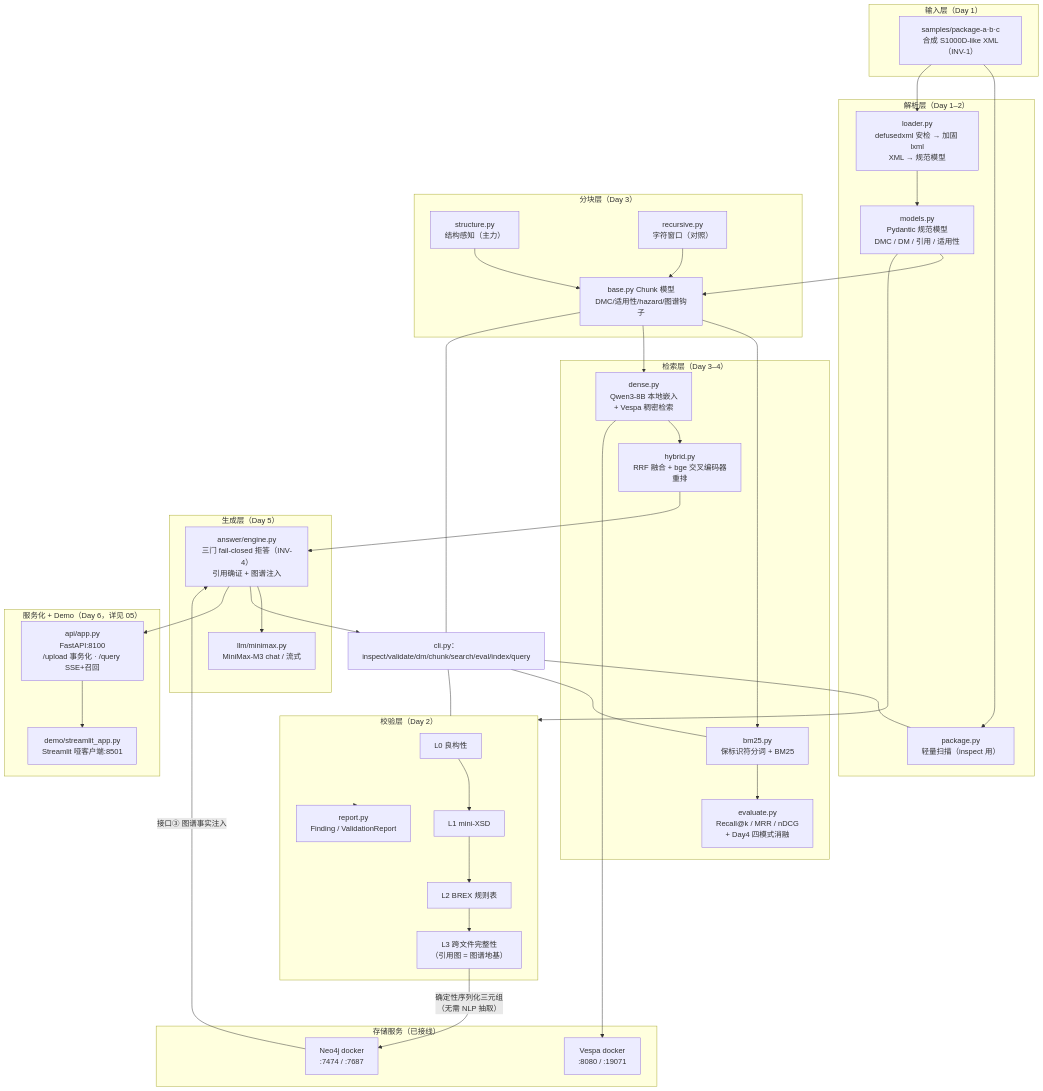
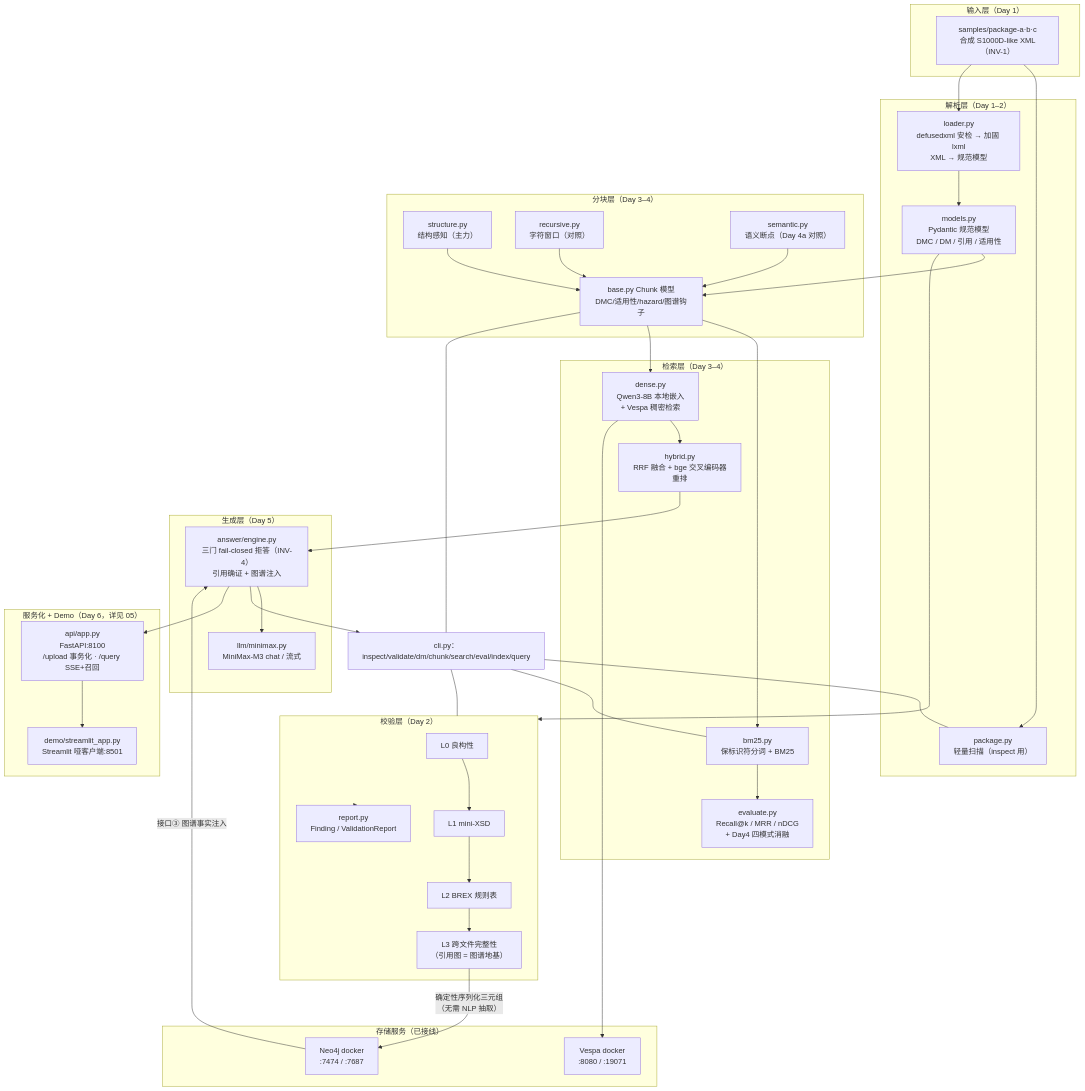
Before and after one commit to Osmond-Xin/LearnArken: the first of 2 diagrams in docs/architecture/02-system-architecture.md, drawn with Mermaid. The commit also changed other lines of this file and 5 other files, not shown here.

First line of the commit message:
docs: reconcile architecture snapshot + README to Day 7

````diff
--- a/docs/architecture/02-system-architecture.md
+++ b/docs/architecture/02-system-architecture.md
@@ -9,71 +9,71 @@
 ```mermaid
 flowchart TB
     subgraph INPUT["输入层（Day 1）"]
         XML["samples/package-a·b·c<br/>合成 S1000D-like XML（INV-1）"]
     end
 
     subgraph PARSE["解析层（Day 1–2）"]
         SCAN["package.py<br/>轻量扫描（inspect 用）"]
         LOADER["loader.py<br/>defusedxml 安检 → 加固 lxml<br/>XML → 规范模型"]
         MODEL["models.py<br/>Pydantic 规范模型<br/>DMC / DM / 引用 / 适用性"]
     end
 
     subgraph VALID["校验层（Day 2）"]
         L0["L0 良构性"] --> L1["L1 mini-XSD"] --> L2["L2 BREX 规则表"] --> L3["L3 跨文件完整性<br/>（引用图 = 图谱地基）"]
         REPORT["report.py<br/>Finding / ValidationReport"]
     end
 
-    subgraph CHUNK["分块层（Day 3）"]
+    subgraph CHUNK["分块层（Day 3–4）"]
         STRUCT["structure.py<br/>结构感知（主力）"]
         RECUR["recursive.py<br/>字符窗口（对照）"]
+        SEM["semantic.py<br/>语义断点（Day 4a 对照）"]
         CHUNKM["base.py Chunk 模型<br/>DMC/适用性/hazard/图谱钩子"]
     end
 
     subgraph RETR["检索层（Day 3–4）"]
         BM25["bm25.py<br/>保标识符分词 + BM25"]
         EVAL["evaluate.py<br/>Recall@k / MRR / nDCG<br/>+ Day4 四模式消融"]
         DENSE["dense.py<br/>Qwen3-8B 本地嵌入<br/>+ Vespa 稠密检索"]
         FUSE["hybrid.py<br/>RRF 融合 + bge 交叉编码器重排"]
     end
 
     subgraph STORE["存储服务（已接线）"]
         VESPA["Vespa docker<br/>:8080 / :19071"]
         NEO["Neo4j docker<br/>:7474 / :7687"]
     end
 
     subgraph GEN["生成层（Day 5）"]
         ANS["answer/engine.py<br/>三门 fail-closed 拒答（INV-4）<br/>引用确证 + 图谱注入"]
         M3["llm/minimax.py<br/>MiniMax-M3 chat / 流式"]
     end
 
     subgraph SERVE["服务化 + Demo（Day 6，详见 05）"]
         API["api/app.py<br/>FastAPI:8100<br/>/upload 事务化 · /query SSE+召回"]
         FE["demo/streamlit_app.py<br/>Streamlit 哑客户端:8501"]
     end
 
     CLI["cli.py：inspect/validate/dm/chunk/search/eval/index/query"]
 
     XML --> SCAN
     XML --> LOADER --> MODEL
     MODEL --> VALID
     VALID --> REPORT
     MODEL --> CHUNKM
     STRUCT --> CHUNKM
     RECUR --> CHUNKM
+    SEM --> CHUNKM
     CHUNKM --> BM25 --> EVAL
     CHUNKM --> DENSE --> FUSE
     DENSE --> VESPA
     L3 -->|"确定性序列化三元组<br/>（无需 NLP 抽取）"| NEO
     FUSE --> ANS
     NEO -->|"接口③ 图谱事实注入"| ANS
     ANS --> M3
     ANS --> CLI
     ANS --> API
     API --> FE
     CLI --- SCAN
     CLI --- VALID
     CLI --- CHUNKM
     CLI --- BM25
-
-    classDef planned stroke-dasharray: 5 5,opacity:0.75;
 ```
````
